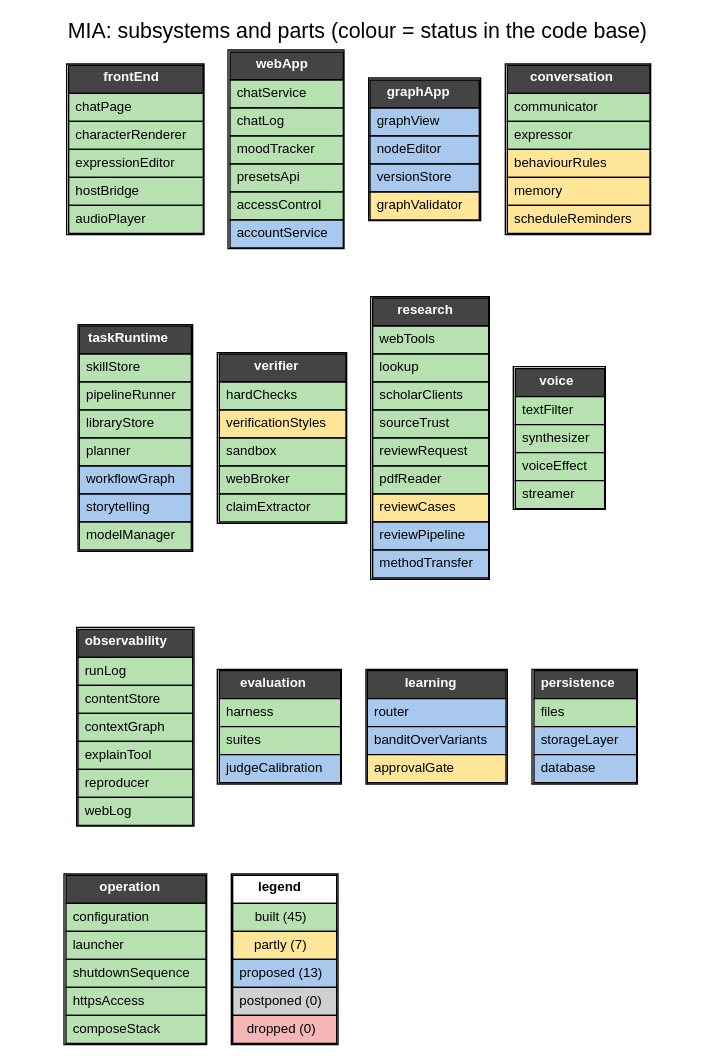
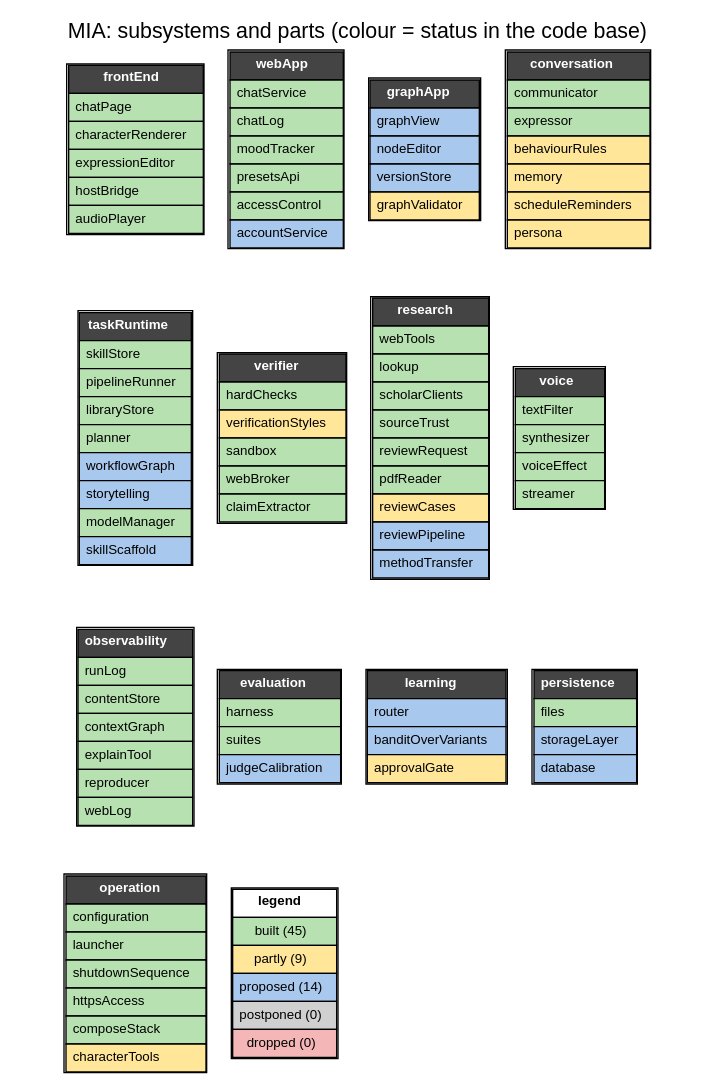
One commit to maldun/MIA changed the diagram in specs/mia/diagrams/architecture.dot. Above: the diagram before and after it, drawn with Graphviz. The commit also changed 7 other files, not shown here.

Commit message:
specs/mia: review step 3b chunk 1: FR-20 skill development path, FR-23 mood, FR-24 character exchange, FR-25 persona, FR-3 and FR-5 rewritten; owner's character requests renamed CR-1..CR-8

```diff
--- a/specs/mia/diagrams/architecture.dot
+++ b/specs/mia/diagrams/architecture.dot
@@ -1,35 +1,35 @@
 digraph A {
 rankdir=TB; fontname="Helvetica"; node [shape=plain, fontname="Helvetica", fontsize=10]; edge [style=invis];
 label="MIA: subsystems and parts (colour = status in the code base)"; labelloc=t; fontsize=16;
 "frontEnd" [label=<<TABLE BORDER="1" CELLBORDER="1" CELLSPACING="0" CELLPADDING="4"><TR><TD BGCOLOR="#444444"><FONT COLOR="white"><B>frontEnd</B></FONT></TD></TR><TR><TD ALIGN="LEFT" BGCOLOR="#b7e1b0">chatPage</TD></TR><TR><TD ALIGN="LEFT" BGCOLOR="#b7e1b0">characterRenderer</TD></TR><TR><TD ALIGN="LEFT" BGCOLOR="#b7e1b0">expressionEditor</TD></TR><TR><TD ALIGN="LEFT" BGCOLOR="#b7e1b0">hostBridge</TD></TR><TR><TD ALIGN="LEFT" BGCOLOR="#b7e1b0">audioPlayer</TD></TR></TABLE>>];
 "webApp" [label=<<TABLE BORDER="1" CELLBORDER="1" CELLSPACING="0" CELLPADDING="4"><TR><TD BGCOLOR="#444444"><FONT COLOR="white"><B>webApp</B></FONT></TD></TR><TR><TD ALIGN="LEFT" BGCOLOR="#b7e1b0">chatService</TD></TR><TR><TD ALIGN="LEFT" BGCOLOR="#b7e1b0">chatLog</TD></TR><TR><TD ALIGN="LEFT" BGCOLOR="#b7e1b0">moodTracker</TD></TR><TR><TD ALIGN="LEFT" BGCOLOR="#b7e1b0">presetsApi</TD></TR><TR><TD ALIGN="LEFT" BGCOLOR="#b7e1b0">accessControl</TD></TR><TR><TD ALIGN="LEFT" BGCOLOR="#a9c8ee">accountService</TD></TR></TABLE>>];
 "graphApp" [label=<<TABLE BORDER="1" CELLBORDER="1" CELLSPACING="0" CELLPADDING="4"><TR><TD BGCOLOR="#444444"><FONT COLOR="white"><B>graphApp</B></FONT></TD></TR><TR><TD ALIGN="LEFT" BGCOLOR="#a9c8ee">graphView</TD></TR><TR><TD ALIGN="LEFT" BGCOLOR="#a9c8ee">nodeEditor</TD></TR><TR><TD ALIGN="LEFT" BGCOLOR="#a9c8ee">versionStore</TD></TR><TR><TD ALIGN="LEFT" BGCOLOR="#ffe699">graphValidator</TD></TR></TABLE>>];
-"conversation" [label=<<TABLE BORDER="1" CELLBORDER="1" CELLSPACING="0" CELLPADDING="4"><TR><TD BGCOLOR="#444444"><FONT COLOR="white"><B>conversation</B></FONT></TD></TR><TR><TD ALIGN="LEFT" BGCOLOR="#b7e1b0">communicator</TD></TR><TR><TD ALIGN="LEFT" BGCOLOR="#b7e1b0">expressor</TD></TR><TR><TD ALIGN="LEFT" BGCOLOR="#ffe699">behaviourRules</TD></TR><TR><TD ALIGN="LEFT" BGCOLOR="#ffe699">memory</TD></TR><TR><TD ALIGN="LEFT" BGCOLOR="#ffe699">scheduleReminders</TD></TR></TABLE>>];
-"taskRuntime" [label=<<TABLE BORDER="1" CELLBORDER="1" CELLSPACING="0" CELLPADDING="4"><TR><TD BGCOLOR="#444444"><FONT COLOR="white"><B>taskRuntime</B></FONT></TD></TR><TR><TD ALIGN="LEFT" BGCOLOR="#b7e1b0">skillStore</TD></TR><TR><TD ALIGN="LEFT" BGCOLOR="#b7e1b0">pipelineRunner</TD></TR><TR><TD ALIGN="LEFT" BGCOLOR="#b7e1b0">libraryStore</TD></TR><TR><TD ALIGN="LEFT" BGCOLOR="#b7e1b0">planner</TD></TR><TR><TD ALIGN="LEFT" BGCOLOR="#a9c8ee">workflowGraph</TD></TR><TR><TD ALIGN="LEFT" BGCOLOR="#a9c8ee">storytelling</TD></TR><TR><TD ALIGN="LEFT" BGCOLOR="#b7e1b0">modelManager</TD></TR></TABLE>>];
+"conversation" [label=<<TABLE BORDER="1" CELLBORDER="1" CELLSPACING="0" CELLPADDING="4"><TR><TD BGCOLOR="#444444"><FONT COLOR="white"><B>conversation</B></FONT></TD></TR><TR><TD ALIGN="LEFT" BGCOLOR="#b7e1b0">communicator</TD></TR><TR><TD ALIGN="LEFT" BGCOLOR="#b7e1b0">expressor</TD></TR><TR><TD ALIGN="LEFT" BGCOLOR="#ffe699">behaviourRules</TD></TR><TR><TD ALIGN="LEFT" BGCOLOR="#ffe699">memory</TD></TR><TR><TD ALIGN="LEFT" BGCOLOR="#ffe699">scheduleReminders</TD></TR><TR><TD ALIGN="LEFT" BGCOLOR="#ffe699">persona</TD></TR></TABLE>>];
+"taskRuntime" [label=<<TABLE BORDER="1" CELLBORDER="1" CELLSPACING="0" CELLPADDING="4"><TR><TD BGCOLOR="#444444"><FONT COLOR="white"><B>taskRuntime</B></FONT></TD></TR><TR><TD ALIGN="LEFT" BGCOLOR="#b7e1b0">skillStore</TD></TR><TR><TD ALIGN="LEFT" BGCOLOR="#b7e1b0">pipelineRunner</TD></TR><TR><TD ALIGN="LEFT" BGCOLOR="#b7e1b0">libraryStore</TD></TR><TR><TD ALIGN="LEFT" BGCOLOR="#b7e1b0">planner</TD></TR><TR><TD ALIGN="LEFT" BGCOLOR="#a9c8ee">workflowGraph</TD></TR><TR><TD ALIGN="LEFT" BGCOLOR="#a9c8ee">storytelling</TD></TR><TR><TD ALIGN="LEFT" BGCOLOR="#b7e1b0">modelManager</TD></TR><TR><TD ALIGN="LEFT" BGCOLOR="#a9c8ee">skillScaffold</TD></TR></TABLE>>];
 "verifier" [label=<<TABLE BORDER="1" CELLBORDER="1" CELLSPACING="0" CELLPADDING="4"><TR><TD BGCOLOR="#444444"><FONT COLOR="white"><B>verifier</B></FONT></TD></TR><TR><TD ALIGN="LEFT" BGCOLOR="#b7e1b0">hardChecks</TD></TR><TR><TD ALIGN="LEFT" BGCOLOR="#ffe699">verificationStyles</TD></TR><TR><TD ALIGN="LEFT" BGCOLOR="#b7e1b0">sandbox</TD></TR><TR><TD ALIGN="LEFT" BGCOLOR="#b7e1b0">webBroker</TD></TR><TR><TD ALIGN="LEFT" BGCOLOR="#b7e1b0">claimExtractor</TD></TR></TABLE>>];
 "research" [label=<<TABLE BORDER="1" CELLBORDER="1" CELLSPACING="0" CELLPADDING="4"><TR><TD BGCOLOR="#444444"><FONT COLOR="white"><B>research</B></FONT></TD></TR><TR><TD ALIGN="LEFT" BGCOLOR="#b7e1b0">webTools</TD></TR><TR><TD ALIGN="LEFT" BGCOLOR="#b7e1b0">lookup</TD></TR><TR><TD ALIGN="LEFT" BGCOLOR="#b7e1b0">scholarClients</TD></TR><TR><TD ALIGN="LEFT" BGCOLOR="#b7e1b0">sourceTrust</TD></TR><TR><TD ALIGN="LEFT" BGCOLOR="#b7e1b0">reviewRequest</TD></TR><TR><TD ALIGN="LEFT" BGCOLOR="#b7e1b0">pdfReader</TD></TR><TR><TD ALIGN="LEFT" BGCOLOR="#ffe699">reviewCases</TD></TR><TR><TD ALIGN="LEFT" BGCOLOR="#a9c8ee">reviewPipeline</TD></TR><TR><TD ALIGN="LEFT" BGCOLOR="#a9c8ee">methodTransfer</TD></TR></TABLE>>];
 "voice" [label=<<TABLE BORDER="1" CELLBORDER="1" CELLSPACING="0" CELLPADDING="4"><TR><TD BGCOLOR="#444444"><FONT COLOR="white"><B>voice</B></FONT></TD></TR><TR><TD ALIGN="LEFT" BGCOLOR="#b7e1b0">textFilter</TD></TR><TR><TD ALIGN="LEFT" BGCOLOR="#b7e1b0">synthesizer</TD></TR><TR><TD ALIGN="LEFT" BGCOLOR="#b7e1b0">voiceEffect</TD></TR><TR><TD ALIGN="LEFT" BGCOLOR="#b7e1b0">streamer</TD></TR></TABLE>>];
 "observability" [label=<<TABLE BORDER="1" CELLBORDER="1" CELLSPACING="0" CELLPADDING="4"><TR><TD BGCOLOR="#444444"><FONT COLOR="white"><B>observability</B></FONT></TD></TR><TR><TD ALIGN="LEFT" BGCOLOR="#b7e1b0">runLog</TD></TR><TR><TD ALIGN="LEFT" BGCOLOR="#b7e1b0">contentStore</TD></TR><TR><TD ALIGN="LEFT" BGCOLOR="#b7e1b0">contextGraph</TD></TR><TR><TD ALIGN="LEFT" BGCOLOR="#b7e1b0">explainTool</TD></TR><TR><TD ALIGN="LEFT" BGCOLOR="#b7e1b0">reproducer</TD></TR><TR><TD ALIGN="LEFT" BGCOLOR="#b7e1b0">webLog</TD></TR></TABLE>>];
 "evaluation" [label=<<TABLE BORDER="1" CELLBORDER="1" CELLSPACING="0" CELLPADDING="4"><TR><TD BGCOLOR="#444444"><FONT COLOR="white"><B>evaluation</B></FONT></TD></TR><TR><TD ALIGN="LEFT" BGCOLOR="#b7e1b0">harness</TD></TR><TR><TD ALIGN="LEFT" BGCOLOR="#b7e1b0">suites</TD></TR><TR><TD ALIGN="LEFT" BGCOLOR="#a9c8ee">judgeCalibration</TD></TR></TABLE>>];
 "learning" [label=<<TABLE BORDER="1" CELLBORDER="1" CELLSPACING="0" CELLPADDING="4"><TR><TD BGCOLOR="#444444"><FONT COLOR="white"><B>learning</B></FONT></TD></TR><TR><TD ALIGN="LEFT" BGCOLOR="#a9c8ee">router</TD></TR><TR><TD ALIGN="LEFT" BGCOLOR="#a9c8ee">banditOverVariants</TD></TR><TR><TD ALIGN="LEFT" BGCOLOR="#ffe699">approvalGate</TD></TR></TABLE>>];
 "persistence" [label=<<TABLE BORDER="1" CELLBORDER="1" CELLSPACING="0" CELLPADDING="4"><TR><TD BGCOLOR="#444444"><FONT COLOR="white"><B>persistence</B></FONT></TD></TR><TR><TD ALIGN="LEFT" BGCOLOR="#b7e1b0">files</TD></TR><TR><TD ALIGN="LEFT" BGCOLOR="#a9c8ee">storageLayer</TD></TR><TR><TD ALIGN="LEFT" BGCOLOR="#a9c8ee">database</TD></TR></TABLE>>];
-"operation" [label=<<TABLE BORDER="1" CELLBORDER="1" CELLSPACING="0" CELLPADDING="4"><TR><TD BGCOLOR="#444444"><FONT COLOR="white"><B>operation</B></FONT></TD></TR><TR><TD ALIGN="LEFT" BGCOLOR="#b7e1b0">configuration</TD></TR><TR><TD ALIGN="LEFT" BGCOLOR="#b7e1b0">launcher</TD></TR><TR><TD ALIGN="LEFT" BGCOLOR="#b7e1b0">shutdownSequence</TD></TR><TR><TD ALIGN="LEFT" BGCOLOR="#b7e1b0">httpsAccess</TD></TR><TR><TD ALIGN="LEFT" BGCOLOR="#b7e1b0">composeStack</TD></TR></TABLE>>];
-"legend" [label=<<TABLE BORDER="1" CELLBORDER="1" CELLSPACING="0" CELLPADDING="4"><TR><TD><B>legend</B></TD></TR><TR><TD BGCOLOR="#b7e1b0">built (45)</TD></TR><TR><TD BGCOLOR="#ffe699">partly (7)</TD></TR><TR><TD BGCOLOR="#a9c8ee">proposed (13)</TD></TR><TR><TD BGCOLOR="#d0d0d0">postponed (0)</TD></TR><TR><TD BGCOLOR="#f4b6b6">dropped (0)</TD></TR></TABLE>>];
+"operation" [label=<<TABLE BORDER="1" CELLBORDER="1" CELLSPACING="0" CELLPADDING="4"><TR><TD BGCOLOR="#444444"><FONT COLOR="white"><B>operation</B></FONT></TD></TR><TR><TD ALIGN="LEFT" BGCOLOR="#b7e1b0">configuration</TD></TR><TR><TD ALIGN="LEFT" BGCOLOR="#b7e1b0">launcher</TD></TR><TR><TD ALIGN="LEFT" BGCOLOR="#b7e1b0">shutdownSequence</TD></TR><TR><TD ALIGN="LEFT" BGCOLOR="#b7e1b0">httpsAccess</TD></TR><TR><TD ALIGN="LEFT" BGCOLOR="#b7e1b0">composeStack</TD></TR><TR><TD ALIGN="LEFT" BGCOLOR="#ffe699">characterTools</TD></TR></TABLE>>];
+"legend" [label=<<TABLE BORDER="1" CELLBORDER="1" CELLSPACING="0" CELLPADDING="4"><TR><TD><B>legend</B></TD></TR><TR><TD BGCOLOR="#b7e1b0">built (45)</TD></TR><TR><TD BGCOLOR="#ffe699">partly (9)</TD></TR><TR><TD BGCOLOR="#a9c8ee">proposed (14)</TD></TR><TR><TD BGCOLOR="#d0d0d0">postponed (0)</TD></TR><TR><TD BGCOLOR="#f4b6b6">dropped (0)</TD></TR></TABLE>>];
 { rank=same; "frontEnd"; "webApp"; "graphApp"; "conversation"; }
 "frontEnd" -> "webApp";
 "webApp" -> "graphApp";
 "graphApp" -> "conversation";
 "frontEnd" -> "taskRuntime";
 { rank=same; "taskRuntime"; "verifier"; "research"; "voice"; }
 "taskRuntime" -> "verifier";
 "verifier" -> "research";
 "research" -> "voice";
 "taskRuntime" -> "observability";
 { rank=same; "observability"; "evaluation"; "learning"; "persistence"; }
 "observability" -> "evaluation";
 "evaluation" -> "learning";
 "learning" -> "persistence";
 "observability" -> "operation";
 { rank=same; "operation"; "legend"; }
 "operation" -> "legend";
 }
```
